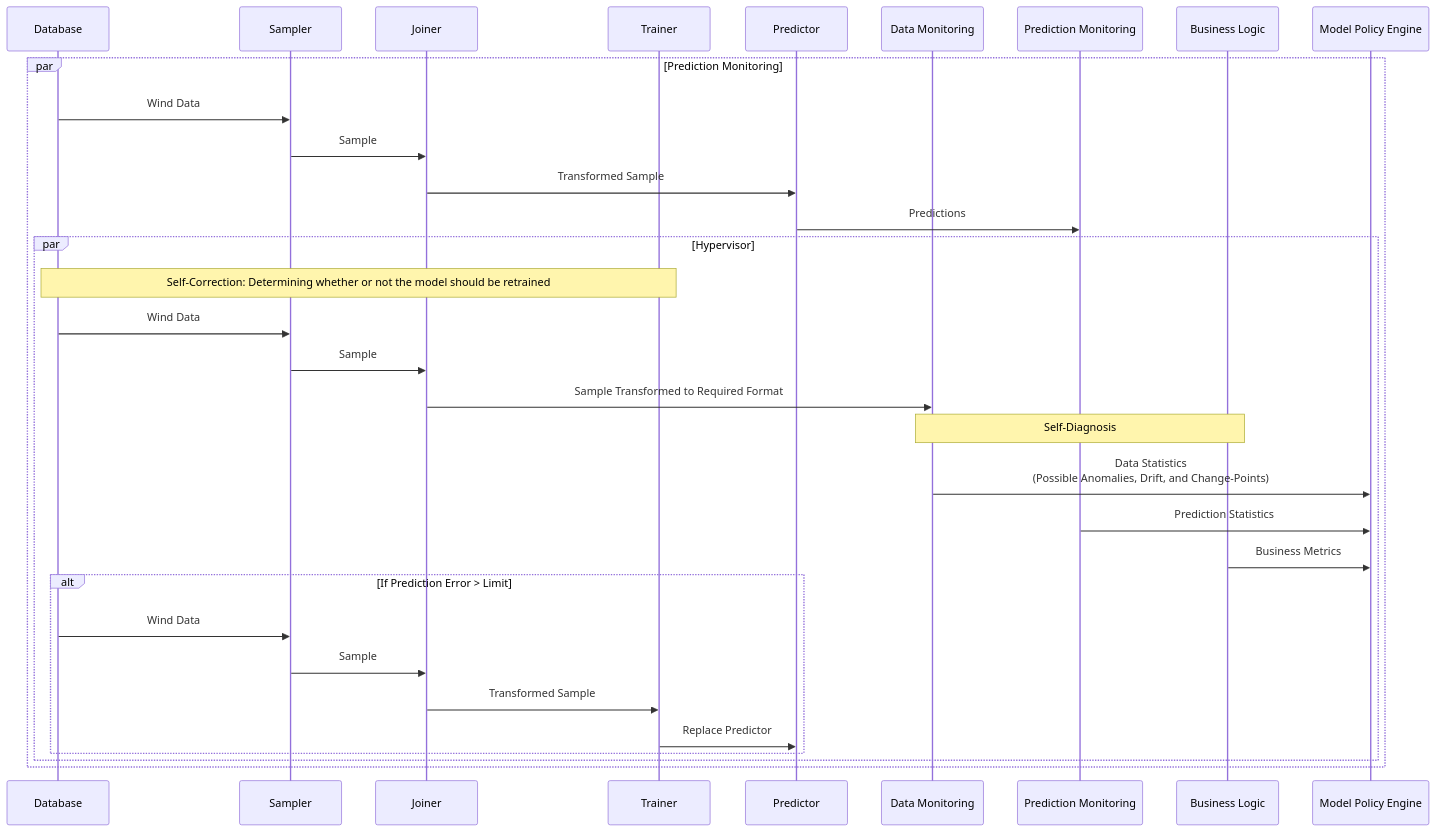
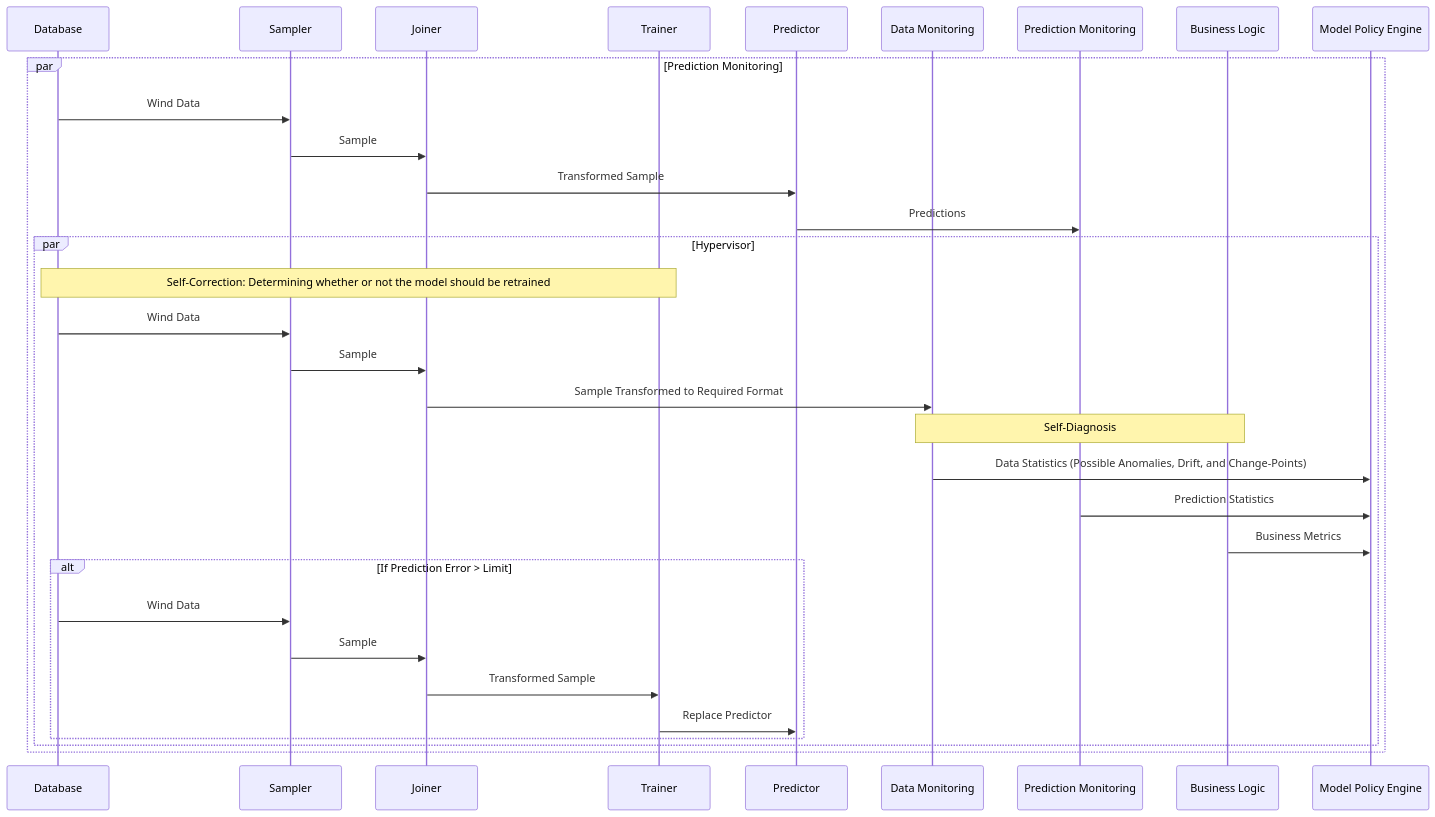
One commit to hannahmehravari/dissertation changed the second of 2 diagrams in system_design_diagrams.md. Above: the diagram before and after it, drawn with Mermaid.

````diff
--- a/system_design_diagrams.md
+++ b/system_design_diagrams.md
@@ -46,34 +46,34 @@
 ```mermaid
 sequenceDiagram
     participant Database
     participant Sampler
     participant Joiner
     participant Trainer
     participant Predictor
     participant Data Monitoring
     participant Prediction Monitoring
     participant Business Logic
     participant Model Policy Engine
     par Prediction Monitoring
     Database->>Sampler:Wind Data
     Sampler->>Joiner:Sample 
     Joiner->>Predictor:Transformed Sample
     Predictor->>Prediction Monitoring:Predictions
     par Hypervisor
     Note over Database, Trainer: Self-Correction: Determining whether or not the model should be retrained
     Database->>Sampler:Wind Data
     Sampler->>Joiner:Sample 
     Joiner->>Data Monitoring:Sample Transformed to Required Format
     Note over Data Monitoring,Business Logic: Self-Diagnosis
-    Data Monitoring->>Model Policy Engine:Data Statistics<br>(Possible Anomalies, Drift, and Change-Points)
+    Data Monitoring->>Model Policy Engine:Data Statistics (Possible Anomalies, Drift, and Change-Points)
     Prediction Monitoring->>Model Policy Engine:Prediction Statistics   
     Business Logic->>Model Policy Engine: Business Metrics
     alt If Prediction Error > Limit
     Database->>Sampler:Wind Data
     Sampler->>Joiner:Sample 
     Joiner->>Trainer:Transformed Sample
     Trainer->>Predictor: Replace Predictor
     end
     end
     end
 ```
````
